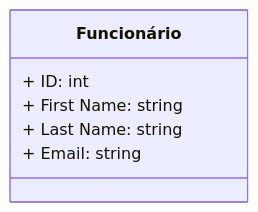
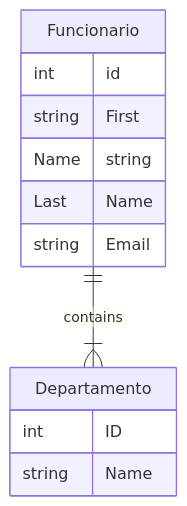
Before and after one commit to tacianosilva/bsi-tasks: the diagram in softwaretesting/20232/tarefas/emancos/docs/UML - Employee entity.md, drawn with Mermaid.

Commit message:
chore: update uml

````diff
--- a/softwaretesting/20232/tarefas/emancos/docs/UML - Employee entity.md
+++ b/softwaretesting/20232/tarefas/emancos/docs/UML - Employee entity.md
@@ -2,9 +2,15 @@
 ```mermaid
-classDiagram
-    class Funcionário {
-        + ID: int
-        + First Name: string
-        + Last Name: string
-        + Email: string
+erDiagram
+    Funcionario ||--|{ Departamento : contains
+    Funcionario {
+        int id
+        string First Name
+        string Last Name
+        string Email
+    }
+
+    Departamento {
+        int ID
+        string Name
     }
 ```
````
